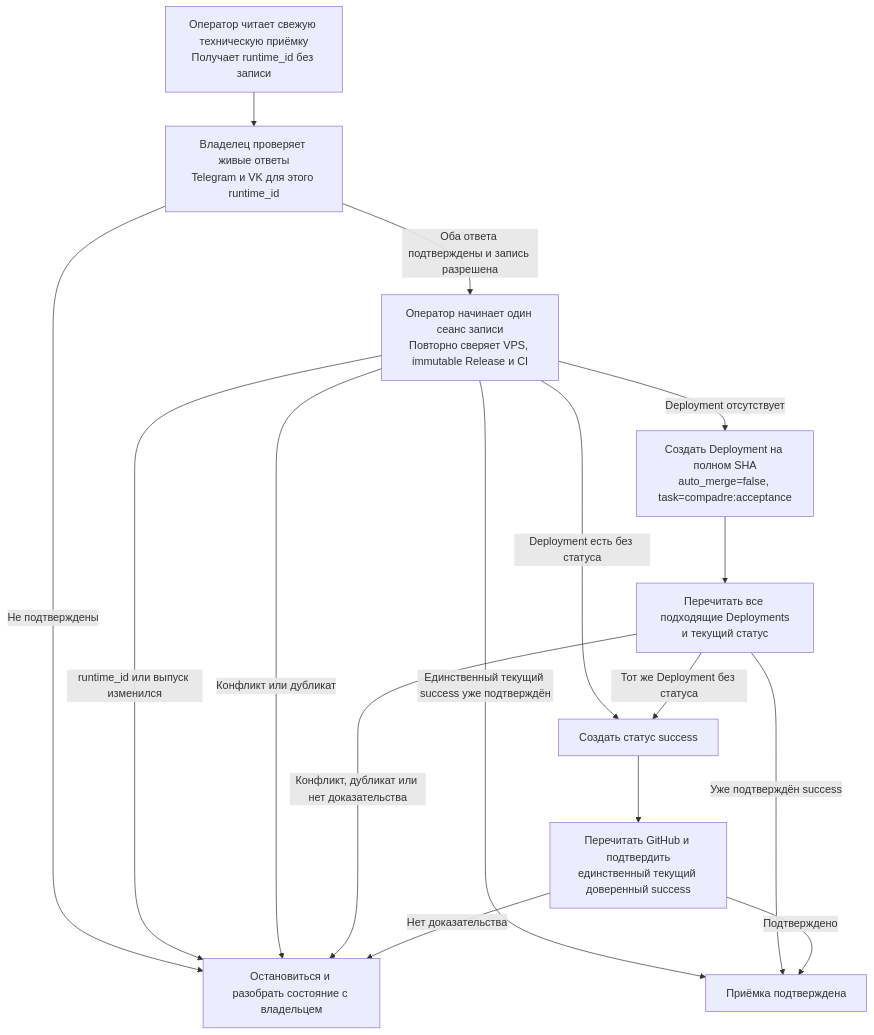
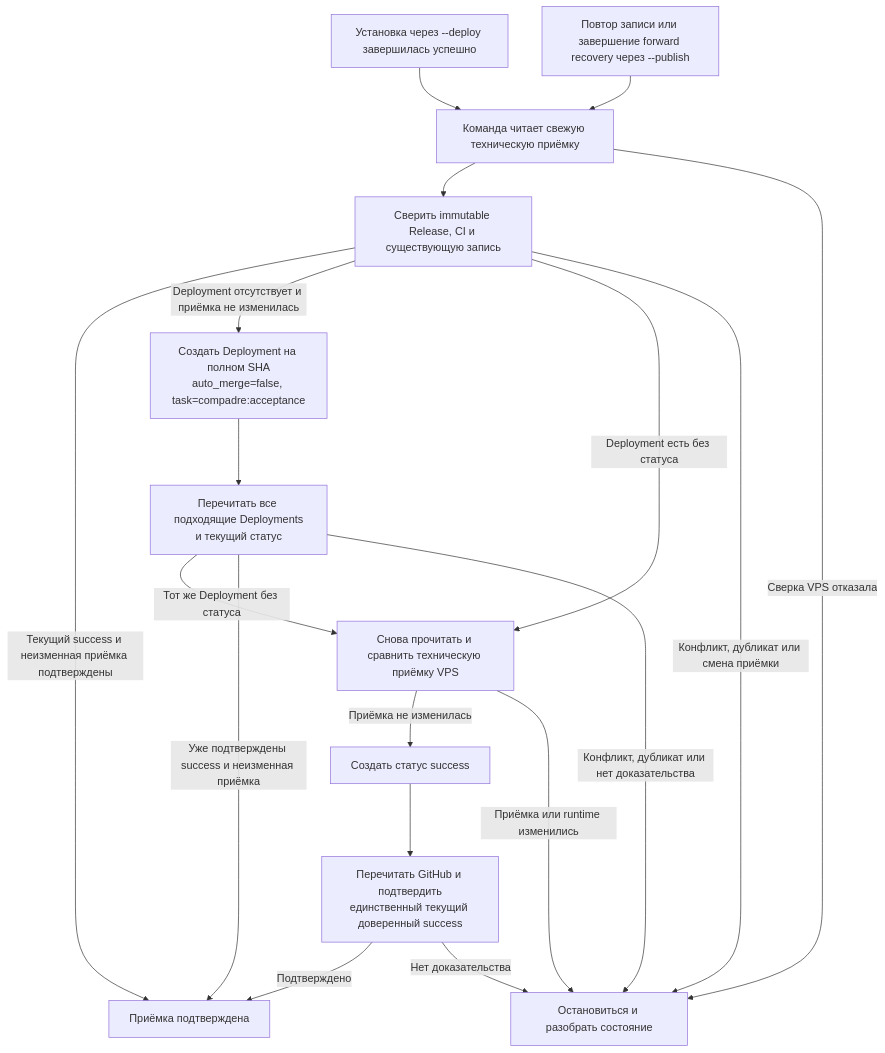
The second of 7 diagrams in docs/release-ci-admission/CI_AND_DEPLOY.md (karateka-git/compadre-assistant), drawn with Mermaid before and after one commit. The commit also changed other lines of this file and 5 other files, not shown here.

Commit message:
Связать выкладку на VPS с записью Deployment

````diff
--- a/docs/release-ci-admission/CI_AND_DEPLOY.md
+++ b/docs/release-ci-admission/CI_AND_DEPLOY.md
@@ -138,18 +134,20 @@
 ```mermaid
 flowchart TD
-    READ["Оператор читает свежую техническую приёмку<br/>Получает runtime_id без записи"] --> LIVE["Владелец проверяет живые ответы<br/>Telegram и VK для этого runtime_id"]
-    LIVE -->|Оба ответа подтверждены и запись разрешена| CHECK["Оператор начинает один сеанс записи<br/>Повторно сверяет VPS, immutable Release и CI"]
-    LIVE -->|Не подтверждены| STOP["Остановиться и разобрать состояние с владельцем"]
-    CHECK -->|runtime_id или выпуск изменился| STOP
-    CHECK -->|Единственный текущий success уже подтверждён| DONE["Приёмка подтверждена"]
-    CHECK -->|Deployment отсутствует| CREATE["Создать Deployment на полном SHA<br/>auto_merge=false, task=compadre:acceptance"]
+    DEPLOY["Установка через --deploy завершилась успешно"] --> READ
+    PUBLISH["Повтор записи или завершение forward recovery через --publish"] --> READ
+    READ["Команда читает свежую техническую приёмку"] --> CHECK["Сверить immutable Release, CI и существующую запись"]
+    READ -->|Сверка VPS отказала| STOP["Остановиться и разобрать состояние"]
+    CHECK -->|Текущий success и неизменная приёмка подтверждены| DONE["Приёмка подтверждена"]
+    CHECK -->|Deployment отсутствует и приёмка не изменилась| CREATE["Создать Deployment на полном SHA<br/>auto_merge=false, task=compadre:acceptance"]
     CREATE --> REREAD["Перечитать все подходящие Deployments<br/>и текущий статус"]
-    CHECK -->|Deployment есть без статуса| STATUS["Создать статус success"]
-    REREAD -->|Тот же Deployment без статуса| STATUS
+    CHECK -->|Deployment есть без статуса| REVERIFY["Снова прочитать и сравнить техническую приёмку VPS"]
+    REREAD -->|Тот же Deployment без статуса| REVERIFY
+    REVERIFY -->|Приёмка не изменилась| STATUS["Создать статус success"]
+    REVERIFY -->|Приёмка или runtime изменились| STOP
     STATUS --> FINAL["Перечитать GitHub и подтвердить<br/>единственный текущий доверенный success"]
-    REREAD -->|Уже подтверждён success| DONE
+    REREAD -->|Уже подтверждены success и неизменная приёмка| DONE
     FINAL -->|Подтверждено| DONE
-    CHECK -->|Конфликт или дубликат| STOP
+    CHECK -->|Конфликт, дубликат или смена приёмки| STOP
     REREAD -->|Конфликт, дубликат или нет доказательства| STOP
     FINAL -->|Нет доказательства| STOP
 ```
````
